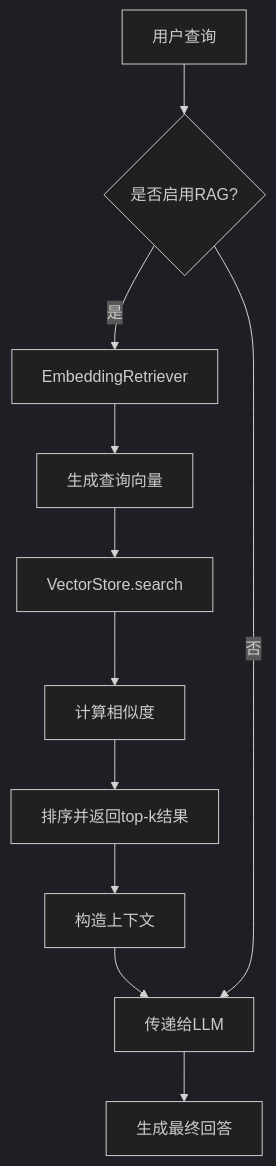
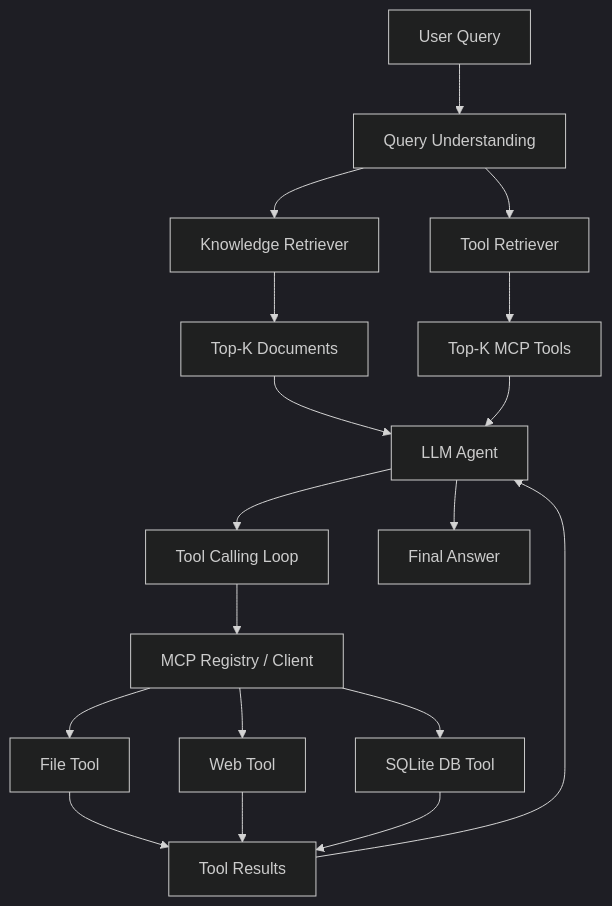
The diagram in architecture.md (zhouboxu1998-web/llm-mcp-rag-public), drawn with Mermaid (dark theme) before and after one commit. The commit also changed other lines of this file and 39 other files, not shown here.

````diff
--- a/architecture.md
+++ b/architecture.md
@@ -111,13 +3,20 @@
 ```mermaid
-flowchart TD
-    A[用户查询] --> B{是否启用RAG?}
-    B -->|是| C[EmbeddingRetriever]
-    C --> D[生成查询向量]
-    D --> E[VectorStore.search]
-    E --> F[计算相似度]
-    F --> G[排序并返回top-k结果]
-    G --> H[构造上下文]
-    H --> I[传递给LLM]
-    B -->|否| I
-    I --> J[生成最终回答]
+graph TD
+    U[User Query] --> Q[Query Understanding]
+    Q --> KR[Knowledge Retriever]
+    Q --> TR[Tool Retriever]
+    KR --> KD[Top-K Documents]
+    TR --> KT[Top-K MCP Tools]
+    KD --> A[LLM Agent]
+    KT --> A
+    A --> TC[Tool Calling Loop]
+    TC --> MC[MCP Registry / Client]
+    MC --> F[File Tool]
+    MC --> W[Web Tool]
+    MC --> D[SQLite DB Tool]
+    F --> R[Tool Results]
+    W --> R
+    D --> R
+    R --> A
+    A --> OUT[Final Answer]
 ```
````
